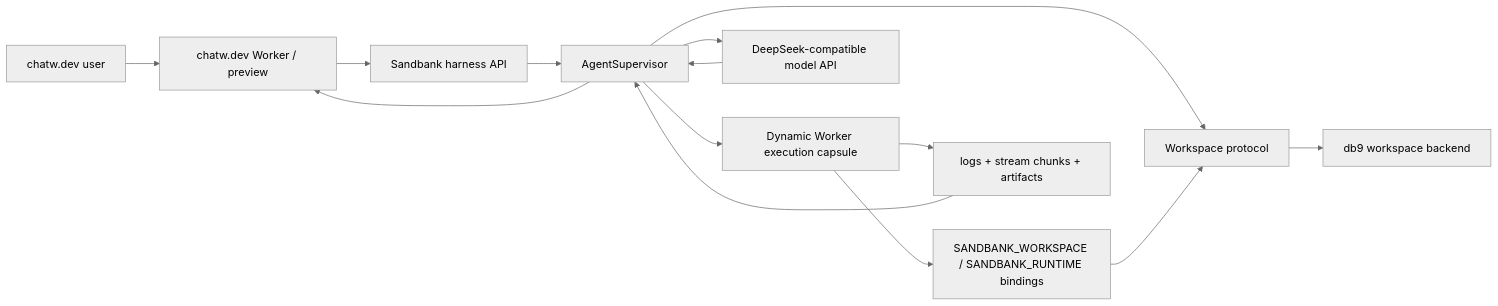
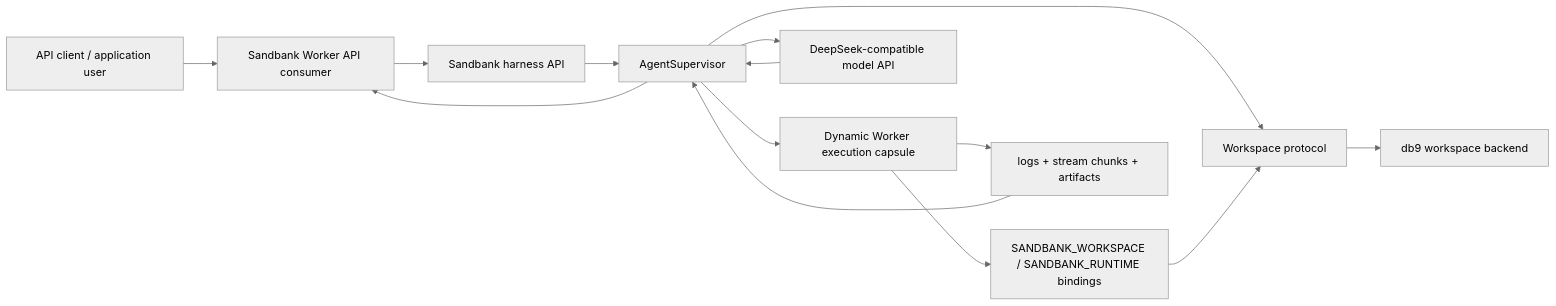
One commit to chekusu/sandbank changed the diagram in docs/dynamic-worker-harness-architecture.md. Above: the diagram before and after it, drawn with Mermaid (neutral theme). The commit also changed other lines of this file and 15 other files, not shown here.

Commit message:
chore(harness): generalize worker API naming

````diff
--- a/docs/dynamic-worker-harness-architecture.md
+++ b/docs/dynamic-worker-harness-architecture.md
@@ -5,16 +5,16 @@
 ```mermaid
 flowchart LR
-  user["chatw.dev user"] --> chatw["chatw.dev Worker / preview"]
-  chatw --> harness["Sandbank harness API"]
+  user["API client / application user"] --> client["Sandbank Worker API consumer"]
+  client --> harness["Sandbank harness API"]
   harness --> supervisor["AgentSupervisor"]
   supervisor --> workspace["Workspace protocol"]
   workspace --> db9["db9 workspace backend"]
   supervisor --> capsule["Dynamic Worker execution capsule"]
   capsule --> bindings["SANDBANK_WORKSPACE / SANDBANK_RUNTIME bindings"]
   bindings --> workspace
   capsule --> logs["logs + stream chunks + artifacts"]
   logs --> supervisor
   supervisor --> model["DeepSeek-compatible model API"]
   model --> supervisor
-  supervisor --> chatw
+  supervisor --> client
 ```
````
